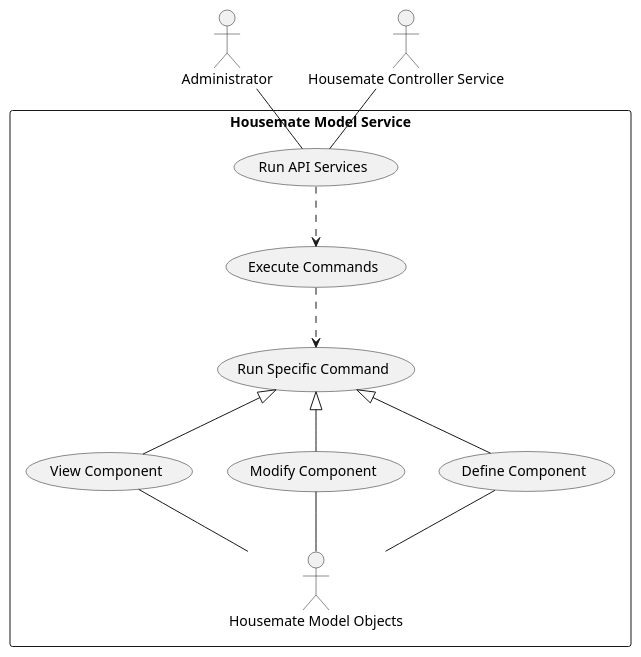
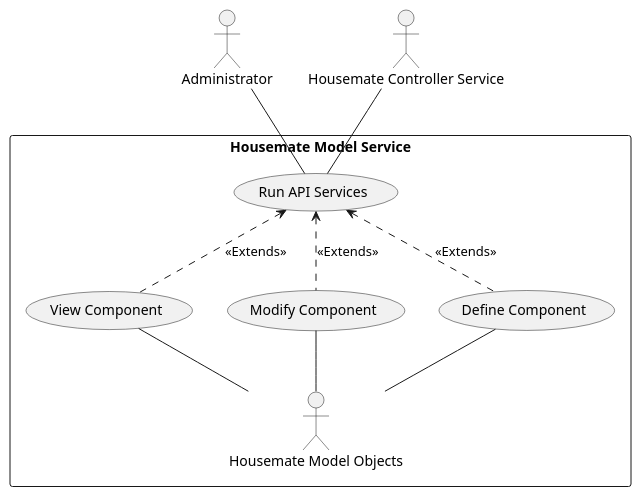
One commit to erikorlowski/cscie97 changed the first of 3 diagrams in cscie97/asn2/Design.md. Above: the diagram before and after it, drawn with PlantUML. The commit also changed other lines of this file and 15 other files, not shown here.

````diff
--- a/cscie97/asn2/Design.md
+++ b/cscie97/asn2/Design.md
@@ -191,27 +198,23 @@
 ```plantuml
 @startuml
 actor Administrator
 actor Controller as "Housemate Controller Service"
 rectangle Service as "Housemate Model Service" {
     usecase RunScript as "Run API Services"
-    usecase Execute as "Execute Commands"
-    usecase Command as "Run Specific Command"
     usecase Define as "Define Component"
     usecase Set as "Modify Component"
     usecase View as "View Component"
     actor Models as "Housemate Model Objects"
 }
 
 
 Administrator -- RunScript
 Controller -- RunScript
-RunScript ..> Execute
-Execute ..> Command
-Command <|-- Define
-Command <|-- Set
-Command <|-- View
+RunScript <.. Define : <<Extends>>
+RunScript <.. Set  : <<Extends>>
+RunScript <.. View : <<Extends>>
 Models -up- Define
 Models -up- Set
 Models -up- View
 @enduml
 ```
````
